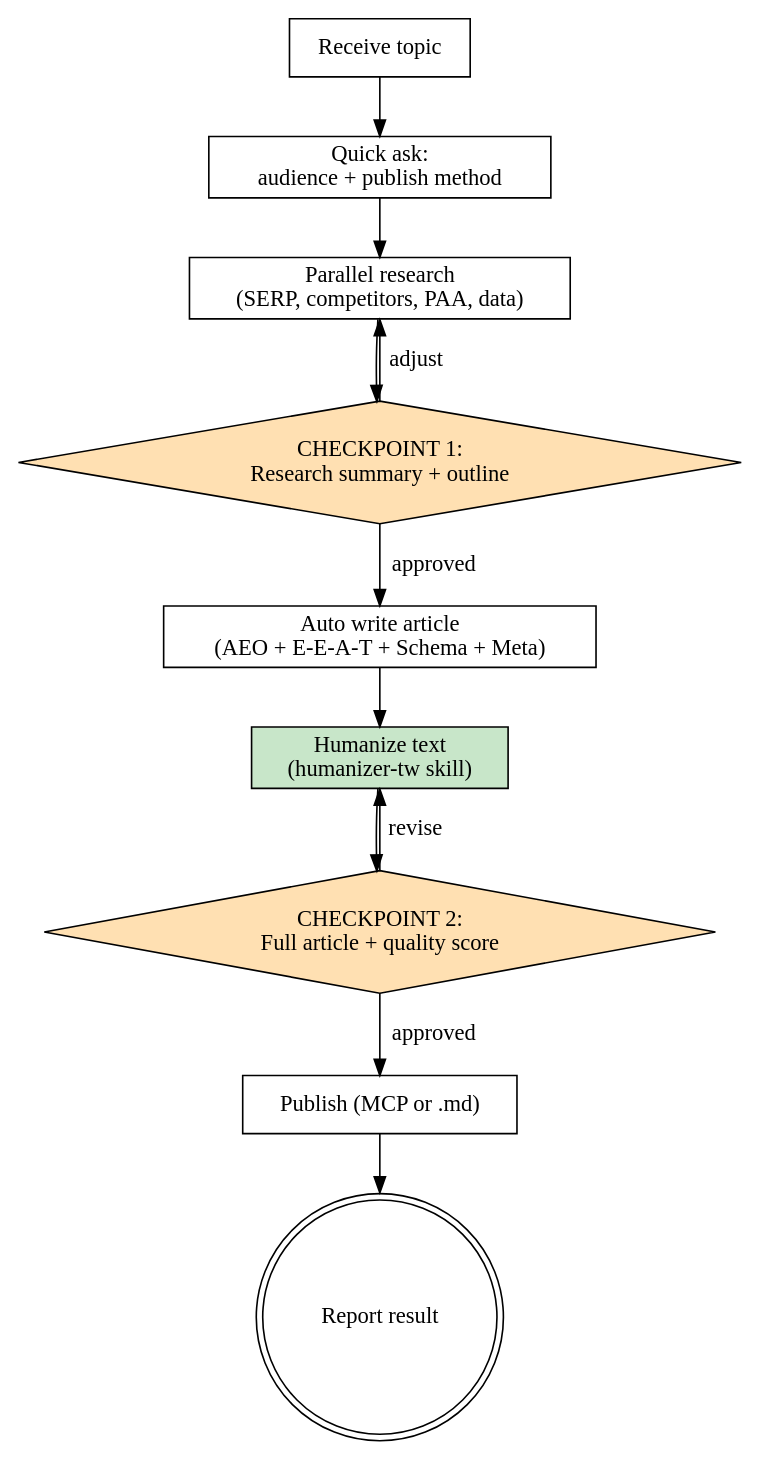
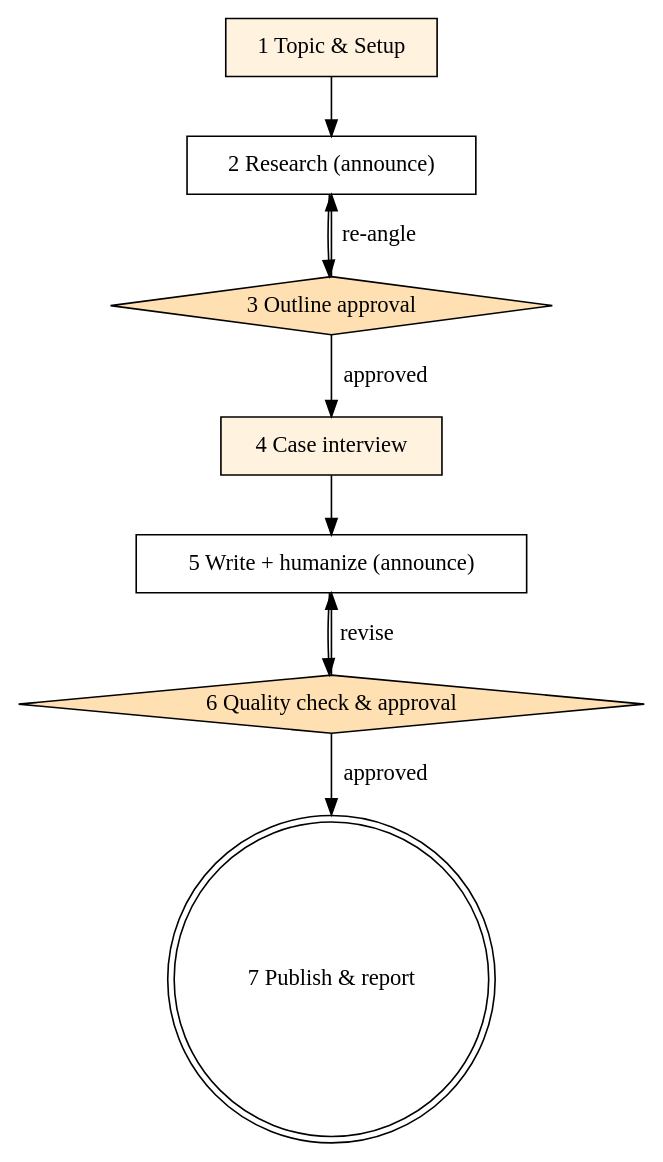
One commit to zenbuapps/seo-writer changed the diagram in auto-seo-writer/SKILL.md. Above: the diagram before and after it, drawn with Graphviz. The commit also changed other lines of this file and 2 other files, not shown here.

First line of the commit message:
v2.0.0: restructure into a 7-step guided flow with recommended defaults

````diff
--- a/auto-seo-writer/SKILL.md
+++ b/auto-seo-writer/SKILL.md
@@ -13,24 +17,19 @@
 ```dot
 digraph auto_seo {
-    "Receive topic" [shape=box];
-    "Quick ask:\naudience + publish method" [shape=box];
-    "Parallel research\n(SERP, competitors, PAA, data)" [shape=box];
-    "CHECKPOINT 1:\nResearch summary + outline" [shape=diamond, style=filled, fillcolor="#FFE0B2"];
-    "Auto write article\n(AEO + E-E-A-T + Schema + Meta)" [shape=box];
-    "Humanize text\n(humanizer-tw skill)" [shape=box, style=filled, fillcolor="#C8E6C9"];
-    "CHECKPOINT 2:\nFull article + quality score" [shape=diamond, style=filled, fillcolor="#FFE0B2"];
-    "Publish (MCP or .md)" [shape=box];
-    "Report result" [shape=doublecircle];
+    rankdir=TB;
+    "1 Topic & Setup" [shape=box, style=filled, fillcolor="#FFF3E0"];
+    "2 Research (announce)" [shape=box];
+    "3 Outline approval" [shape=diamond, style=filled, fillcolor="#FFE0B2"];
+    "4 Case interview" [shape=box, style=filled, fillcolor="#FFF3E0"];
+    "5 Write + humanize (announce)" [shape=box];
+    "6 Quality check & approval" [shape=diamond, style=filled, fillcolor="#FFE0B2"];
+    "7 Publish & report" [shape=doublecircle];
 
-    "Receive topic" -> "Quick ask:\naudience + publish method";
-    "Quick ask:\naudience + publish method" -> "Parallel research\n(SERP, competitors, PAA, data)";
-    "Parallel research\n(SERP, competitors, PAA, data)" -> "CHECKPOINT 1:\nResearch summary + outline";
-    "CHECKPOINT 1:\nResearch summary + outline" -> "Parallel research\n(SERP, competitors, PAA, data)" [label="adjust"];
-    "CHECKPOINT 1:\nResearch summary + outline" -> "Auto write article\n(AEO + E-E-A-T + Schema + Meta)" [label="approved"];
-    "Auto write article\n(AEO + E-E-A-T + Schema + Meta)" -> "Humanize text\n(humanizer-tw skill)";
-    "Humanize text\n(humanizer-tw skill)" -> "CHECKPOINT 2:\nFull article + quality score";
-    "CHECKPOINT 2:\nFull article + quality score" -> "Humanize text\n(humanizer-tw skill)" [label="revise"];
-    "CHECKPOINT 2:\nFull article + quality score" -> "Publish (MCP or .md)" [label="approved"];
-    "Publish (MCP or .md)" -> "Report result";
+    "1 Topic & Setup" -> "2 Research (announce)" -> "3 Outline approval";
+    "3 Outline approval" -> "2 Research (announce)" [label="re-angle"];
+    "3 Outline approval" -> "4 Case interview" [label="approved"];
+    "4 Case interview" -> "5 Write + humanize (announce)" -> "6 Quality check & approval";
+    "6 Quality check & approval" -> "5 Write + humanize (announce)" [label="revise"];
+    "6 Quality check & approval" -> "7 Publish & report" [label="approved"];
 }
 ```
````
